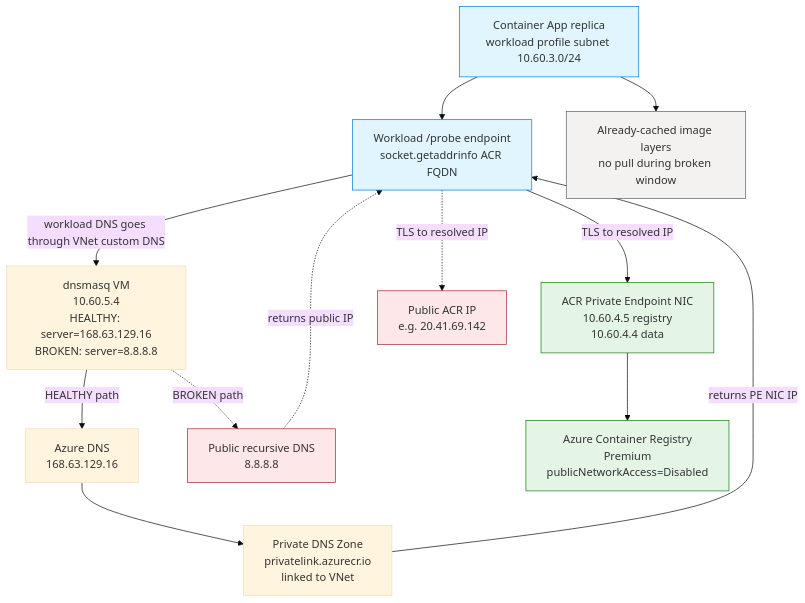
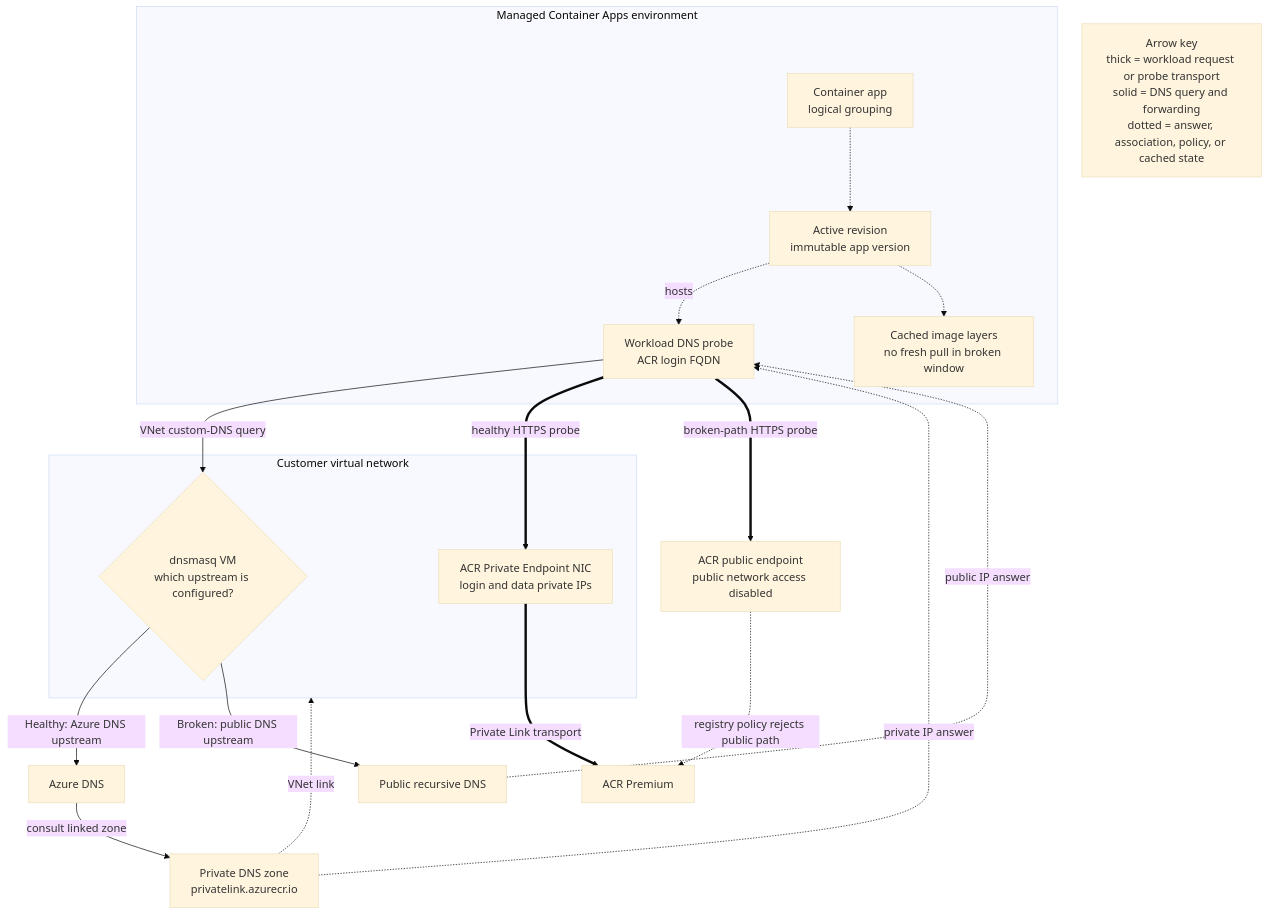
Before and after one commit to yeongseon/azure-container-apps-practical-guide: the diagram in docs/troubleshooting/lab-guides/acr-network-path-dns-forwarder-bypass.md, drawn with Mermaid (base theme). The commit also changed other lines of this file and 6 other files, not shown here.

First line of the commit message:
docs(diagrams): migrate the ACR network path diagrams (#608)

````diff
--- a/docs/troubleshooting/lab-guides/acr-network-path-dns-forwarder-bypass.md
+++ b/docs/troubleshooting/lab-guides/acr-network-path-dns-forwarder-bypass.md
@@ -74,35 +74,40 @@
 ```mermaid
 flowchart TD
-    REPLICA[Container App replica<br/>workload profile subnet 10.60.3.0/24]
-    PROBE[Workload /probe endpoint<br/>socket.getaddrinfo ACR FQDN]
-    CACHED[Already-cached image layers<br/>no pull during broken window]
-    DNSMASQ[dnsmasq VM<br/>10.60.5.4<br/>HEALTHY: server=168.63.129.16<br/>BROKEN: server=8.8.8.8]
-    AZDNS[Azure DNS<br/>168.63.129.16]
-    PUBDNS[Public recursive DNS<br/>8.8.8.8]
-    ZONE[Private DNS Zone<br/>privatelink.azurecr.io<br/>linked to VNet]
-    PE[ACR Private Endpoint NIC<br/>10.60.4.5 registry<br/>10.60.4.4 data]
-    ACR[Azure Container Registry<br/>Premium<br/>publicNetworkAccess=Disabled]
-    PUBIP[Public ACR IP<br/>e.g. 20.41.69.142]
+    accTitle: Path E custom DNS forwarder bypass of the ACR private zone
+    accDescr: A workload probe in a running Container Apps revision sends its ACR query to the VNet custom DNS server. When dnsmasq forwards to Azure DNS, the linked private zone returns the private endpoint IP. When dnsmasq forwards to public DNS, the same name returns the public ACR IP and bypasses the private zone. The private endpoint and zone stay healthy in both states.
 
-    REPLICA --> PROBE
-    REPLICA --> CACHED
-    PROBE -->|workload DNS goes through VNet custom DNS| DNSMASQ
-    DNSMASQ -->|HEALTHY path| AZDNS
-    DNSMASQ -.->|BROKEN path| PUBDNS
-    AZDNS --> ZONE
-    ZONE -->|returns PE NIC IP| PROBE
-    PUBDNS -.->|returns public IP| PROBE
-    PROBE -->|TLS to resolved IP| PE
-    PROBE -.->|TLS to resolved IP| PUBIP
-    PE --> ACR
+    subgraph ENV["Managed Container Apps environment"]
+        APP["Container app<br/>logical grouping"]
+        REV_ACTIVE["Active revision<br/>immutable app version"]
+        PROBE["Workload DNS probe<br/>ACR login FQDN"]
+        CACHED["Cached image layers<br/>no fresh pull in broken window"]
+        APP -.-> REV_ACTIVE
+        REV_ACTIVE -.->|hosts| PROBE
+        REV_ACTIVE -.-> CACHED
+    end
 
-    classDef workload fill:#e1f5ff,stroke:#0078d4
-    classDef brokenpath fill:#fde7e9,stroke:#a4262c
-    classDef registry fill:#e5f5e5,stroke:#107c10
-    classDef neutral fill:#f3f2f1,stroke:#605e5c
+    subgraph VNET["Customer virtual network"]
+        DNSMASQ{"dnsmasq VM<br/>which upstream is configured?"}
+        PE["ACR Private Endpoint NIC<br/>login and data private IPs"]
+    end
 
-    class REPLICA,PROBE workload
-    class PUBDNS,PUBIP brokenpath
-    class ACR,PE registry
-    class CACHED neutral
+    AZDNS["Azure DNS"]
+    PUBDNS["Public recursive DNS"]
+    ZONE["Private DNS zone<br/>privatelink.azurecr.io"]
+    PUBEND["ACR public endpoint<br/>public network access disabled"]
+    ACR["ACR Premium"]
+
+    ZONE -.->|VNet link| VNET
+    PROBE -->|VNet custom-DNS query| DNSMASQ
+    DNSMASQ -->|Healthy: Azure DNS upstream| AZDNS
+    AZDNS -->|consult linked zone| ZONE
+    ZONE -.->|private IP answer| PROBE
+    PROBE ==>|healthy HTTPS probe| PE
+    PE ==>|Private Link transport| ACR
+    DNSMASQ -->|Broken: public DNS upstream| PUBDNS
+    PUBDNS -.->|public IP answer| PROBE
+    PROBE ==>|broken-path HTTPS probe| PUBEND
+    PUBEND -.->|registry policy rejects public path| ACR
+
+    LEGEND["Arrow key<br/>thick = workload request or probe transport<br/>solid = DNS query and forwarding<br/>dotted = answer, association, policy, or cached state"]
 ```
````
